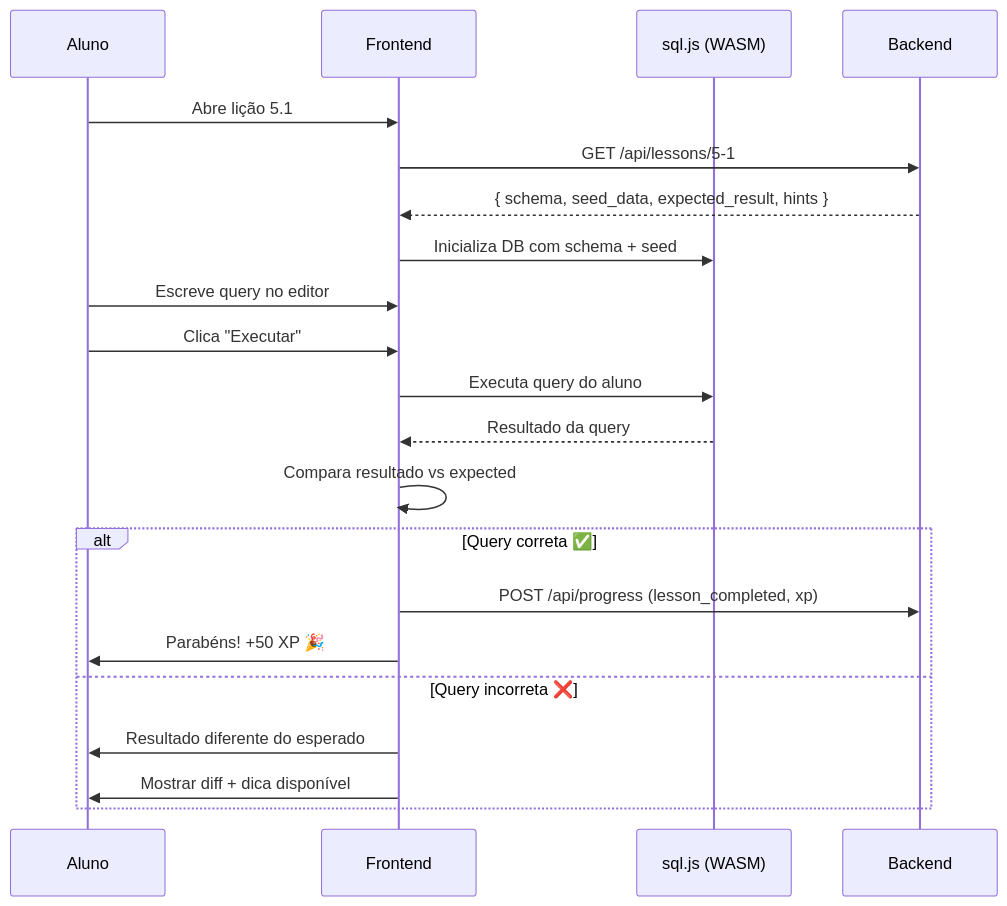
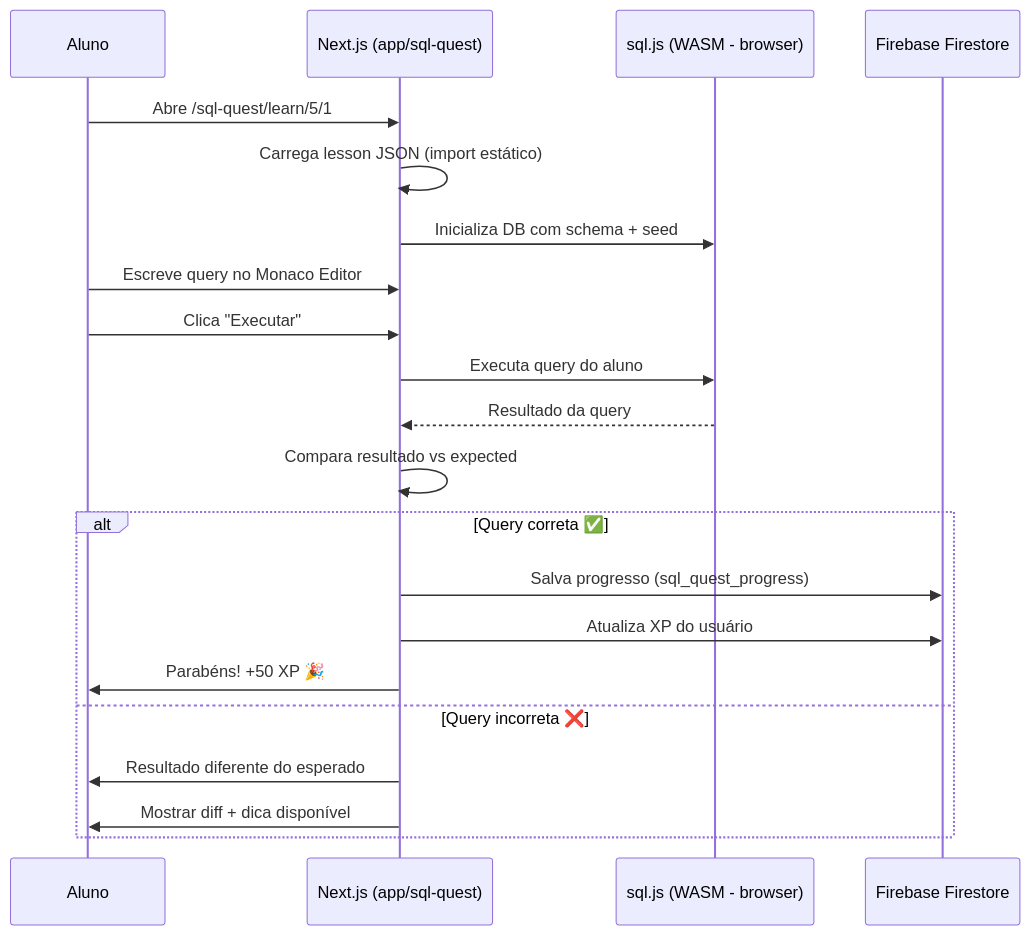
Before and after one commit to lucaslopes-ti/website_SteamGameHub: the diagram in docs/SQL_PRACTICE_PLATFORM.md, drawn with Mermaid. The commit also changed other lines of this file, not shown here.

Commit message:
docs: atualiza SQL Quest para integrar com Firebase e infra existente

````diff
--- a/docs/SQL_PRACTICE_PLATFORM.md
+++ b/docs/SQL_PRACTICE_PLATFORM.md
@@ -275,24 +306,24 @@
 ```mermaid
 sequenceDiagram
     participant Aluno
-    participant Frontend
-    participant SQLjs as sql.js (WASM)
-    participant Backend
+    participant Frontend as Next.js (app/sql-quest)
+    participant SQLjs as sql.js (WASM - browser)
+    participant Firestore as Firebase Firestore
 
-    Aluno->>Frontend: Abre lição 5.1
-    Frontend->>Backend: GET /api/lessons/5-1
-    Backend-->>Frontend: { schema, seed_data, expected_result, hints }
+    Aluno->>Frontend: Abre /sql-quest/learn/5/1
+    Frontend->>Frontend: Carrega lesson JSON (import estático)
     Frontend->>SQLjs: Inicializa DB com schema + seed
-    Aluno->>Frontend: Escreve query no editor
+    Aluno->>Frontend: Escreve query no Monaco Editor
     Aluno->>Frontend: Clica "Executar"
     Frontend->>SQLjs: Executa query do aluno
     SQLjs-->>Frontend: Resultado da query
     Frontend->>Frontend: Compara resultado vs expected
     alt Query correta ✅
-        Frontend->>Backend: POST /api/progress (lesson_completed, xp)
+        Frontend->>Firestore: Salva progresso (sql_quest_progress)
+        Frontend->>Firestore: Atualiza XP do usuário
         Frontend->>Aluno: Parabéns! +50 XP 🎉
     else Query incorreta ❌
         Frontend->>Aluno: Resultado diferente do esperado
         Frontend->>Aluno: Mostrar diff + dica disponível
     end
 ```
````
